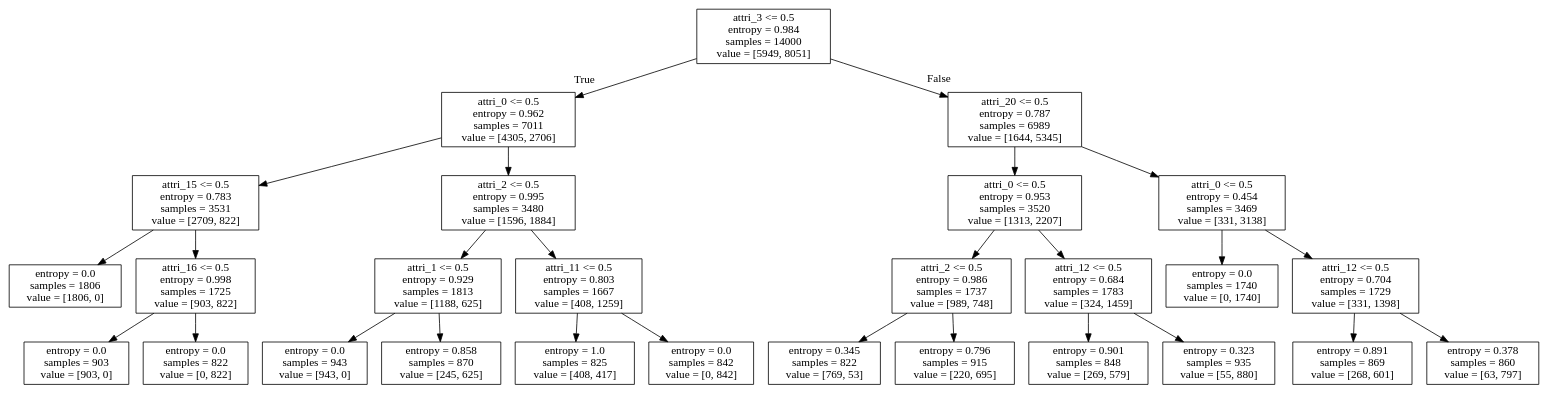
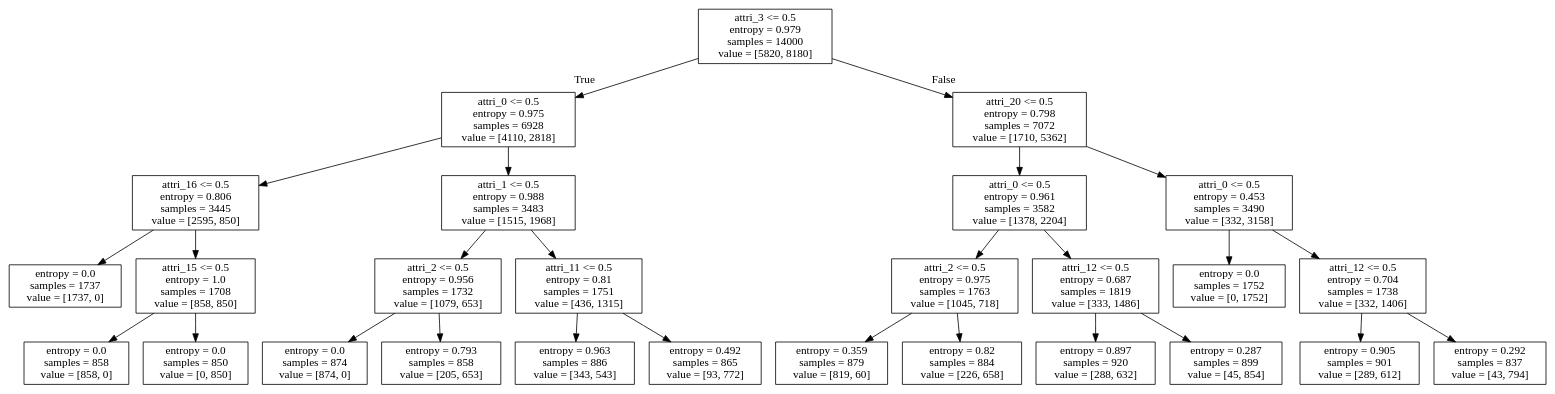
The diagram in Decision_Tree/models/decision_tree_depth_m2_4.dot (ElektrischesSchaf/Data_Mining_2019_Projects), drawn with Graphviz before and after one commit. The commit also changed 12 other files, not shown here.

```diff
--- a/Decision_Tree/models/decision_tree_depth_m2_4.dot
+++ b/Decision_Tree/models/decision_tree_depth_m2_4.dot
@@ -1,56 +1,56 @@
 digraph Tree {
 node [shape=box] ;
-0 [label="attri_3 <= 0.5\nentropy = 0.984\nsamples = 14000\nvalue = [5949, 8051]"] ;
-1 [label="attri_0 <= 0.5\nentropy = 0.962\nsamples = 7011\nvalue = [4305, 2706]"] ;
+0 [label="attri_3 <= 0.5\nentropy = 0.979\nsamples = 14000\nvalue = [5820, 8180]"] ;
+1 [label="attri_0 <= 0.5\nentropy = 0.975\nsamples = 6928\nvalue = [4110, 2818]"] ;
 0 -> 1 [labeldistance=2.5, labelangle=45, headlabel="True"] ;
-2 [label="attri_15 <= 0.5\nentropy = 0.783\nsamples = 3531\nvalue = [2709, 822]"] ;
+2 [label="attri_16 <= 0.5\nentropy = 0.806\nsamples = 3445\nvalue = [2595, 850]"] ;
 1 -> 2 ;
-3 [label="entropy = 0.0\nsamples = 1806\nvalue = [1806, 0]"] ;
+3 [label="entropy = 0.0\nsamples = 1737\nvalue = [1737, 0]"] ;
 2 -> 3 ;
-4 [label="attri_16 <= 0.5\nentropy = 0.998\nsamples = 1725\nvalue = [903, 822]"] ;
+4 [label="attri_15 <= 0.5\nentropy = 1.0\nsamples = 1708\nvalue = [858, 850]"] ;
 2 -> 4 ;
-5 [label="entropy = 0.0\nsamples = 903\nvalue = [903, 0]"] ;
+5 [label="entropy = 0.0\nsamples = 858\nvalue = [858, 0]"] ;
 4 -> 5 ;
-6 [label="entropy = 0.0\nsamples = 822\nvalue = [0, 822]"] ;
+6 [label="entropy = 0.0\nsamples = 850\nvalue = [0, 850]"] ;
 4 -> 6 ;
-7 [label="attri_2 <= 0.5\nentropy = 0.995\nsamples = 3480\nvalue = [1596, 1884]"] ;
+7 [label="attri_1 <= 0.5\nentropy = 0.988\nsamples = 3483\nvalue = [1515, 1968]"] ;
 1 -> 7 ;
-8 [label="attri_1 <= 0.5\nentropy = 0.929\nsamples = 1813\nvalue = [1188, 625]"] ;
+8 [label="attri_2 <= 0.5\nentropy = 0.956\nsamples = 1732\nvalue = [1079, 653]"] ;
 7 -> 8 ;
-9 [label="entropy = 0.0\nsamples = 943\nvalue = [943, 0]"] ;
+9 [label="entropy = 0.0\nsamples = 874\nvalue = [874, 0]"] ;
 8 -> 9 ;
-10 [label="entropy = 0.858\nsamples = 870\nvalue = [245, 625]"] ;
+10 [label="entropy = 0.793\nsamples = 858\nvalue = [205, 653]"] ;
 8 -> 10 ;
-11 [label="attri_11 <= 0.5\nentropy = 0.803\nsamples = 1667\nvalue = [408, 1259]"] ;
+11 [label="attri_11 <= 0.5\nentropy = 0.81\nsamples = 1751\nvalue = [436, 1315]"] ;
 7 -> 11 ;
-12 [label="entropy = 1.0\nsamples = 825\nvalue = [408, 417]"] ;
+12 [label="entropy = 0.963\nsamples = 886\nvalue = [343, 543]"] ;
 11 -> 12 ;
-13 [label="entropy = 0.0\nsamples = 842\nvalue = [0, 842]"] ;
+13 [label="entropy = 0.492\nsamples = 865\nvalue = [93, 772]"] ;
 11 -> 13 ;
-14 [label="attri_20 <= 0.5\nentropy = 0.787\nsamples = 6989\nvalue = [1644, 5345]"] ;
+14 [label="attri_20 <= 0.5\nentropy = 0.798\nsamples = 7072\nvalue = [1710, 5362]"] ;
 0 -> 14 [labeldistance=2.5, labelangle=-45, headlabel="False"] ;
-15 [label="attri_0 <= 0.5\nentropy = 0.953\nsamples = 3520\nvalue = [1313, 2207]"] ;
+15 [label="attri_0 <= 0.5\nentropy = 0.961\nsamples = 3582\nvalue = [1378, 2204]"] ;
 14 -> 15 ;
-16 [label="attri_2 <= 0.5\nentropy = 0.986\nsamples = 1737\nvalue = [989, 748]"] ;
+16 [label="attri_2 <= 0.5\nentropy = 0.975\nsamples = 1763\nvalue = [1045, 718]"] ;
 15 -> 16 ;
-17 [label="entropy = 0.345\nsamples = 822\nvalue = [769, 53]"] ;
+17 [label="entropy = 0.359\nsamples = 879\nvalue = [819, 60]"] ;
 16 -> 17 ;
-18 [label="entropy = 0.796\nsamples = 915\nvalue = [220, 695]"] ;
+18 [label="entropy = 0.82\nsamples = 884\nvalue = [226, 658]"] ;
 16 -> 18 ;
-19 [label="attri_12 <= 0.5\nentropy = 0.684\nsamples = 1783\nvalue = [324, 1459]"] ;
+19 [label="attri_12 <= 0.5\nentropy = 0.687\nsamples = 1819\nvalue = [333, 1486]"] ;
 15 -> 19 ;
-20 [label="entropy = 0.901\nsamples = 848\nvalue = [269, 579]"] ;
+20 [label="entropy = 0.897\nsamples = 920\nvalue = [288, 632]"] ;
 19 -> 20 ;
-21 [label="entropy = 0.323\nsamples = 935\nvalue = [55, 880]"] ;
+21 [label="entropy = 0.287\nsamples = 899\nvalue = [45, 854]"] ;
 19 -> 21 ;
-22 [label="attri_0 <= 0.5\nentropy = 0.454\nsamples = 3469\nvalue = [331, 3138]"] ;
+22 [label="attri_0 <= 0.5\nentropy = 0.453\nsamples = 3490\nvalue = [332, 3158]"] ;
 14 -> 22 ;
-23 [label="entropy = 0.0\nsamples = 1740\nvalue = [0, 1740]"] ;
+23 [label="entropy = 0.0\nsamples = 1752\nvalue = [0, 1752]"] ;
 22 -> 23 ;
-24 [label="attri_12 <= 0.5\nentropy = 0.704\nsamples = 1729\nvalue = [331, 1398]"] ;
+24 [label="attri_12 <= 0.5\nentropy = 0.704\nsamples = 1738\nvalue = [332, 1406]"] ;
 22 -> 24 ;
-25 [label="entropy = 0.891\nsamples = 869\nvalue = [268, 601]"] ;
+25 [label="entropy = 0.905\nsamples = 901\nvalue = [289, 612]"] ;
 24 -> 25 ;
-26 [label="entropy = 0.378\nsamples = 860\nvalue = [63, 797]"] ;
+26 [label="entropy = 0.292\nsamples = 837\nvalue = [43, 794]"] ;
 24 -> 26 ;
 }
```
